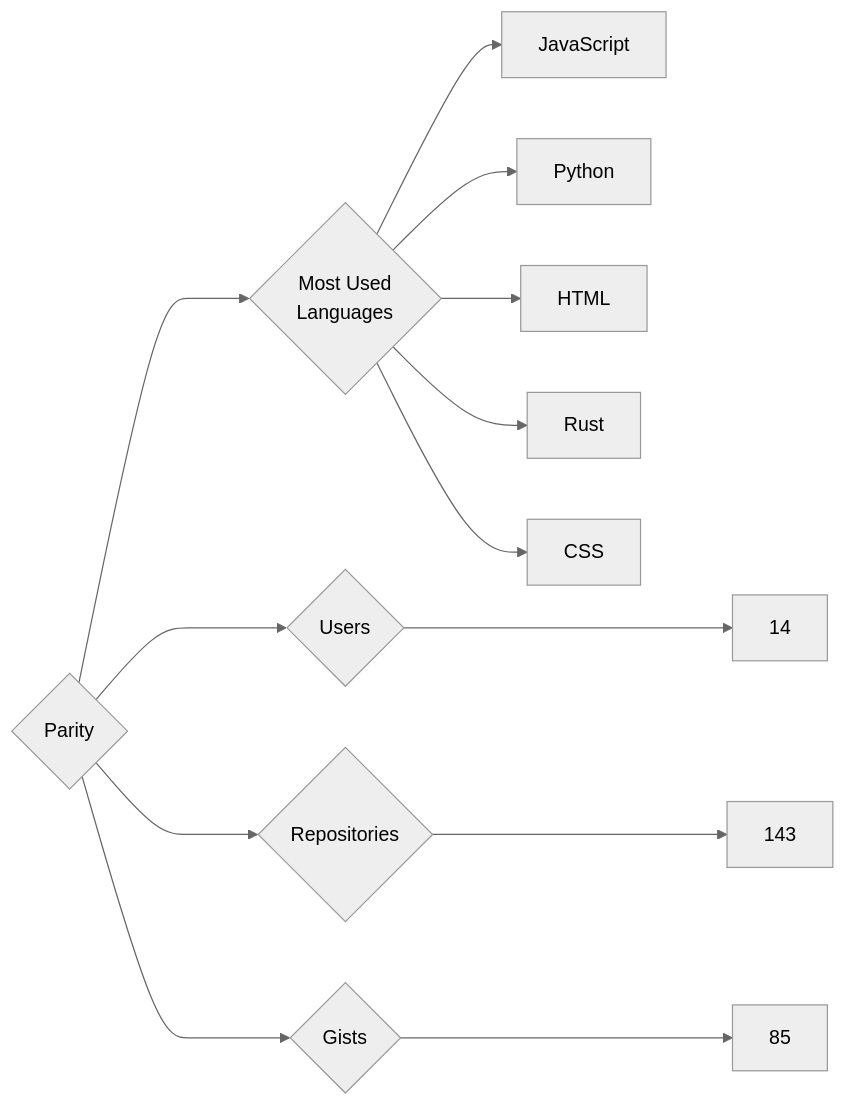
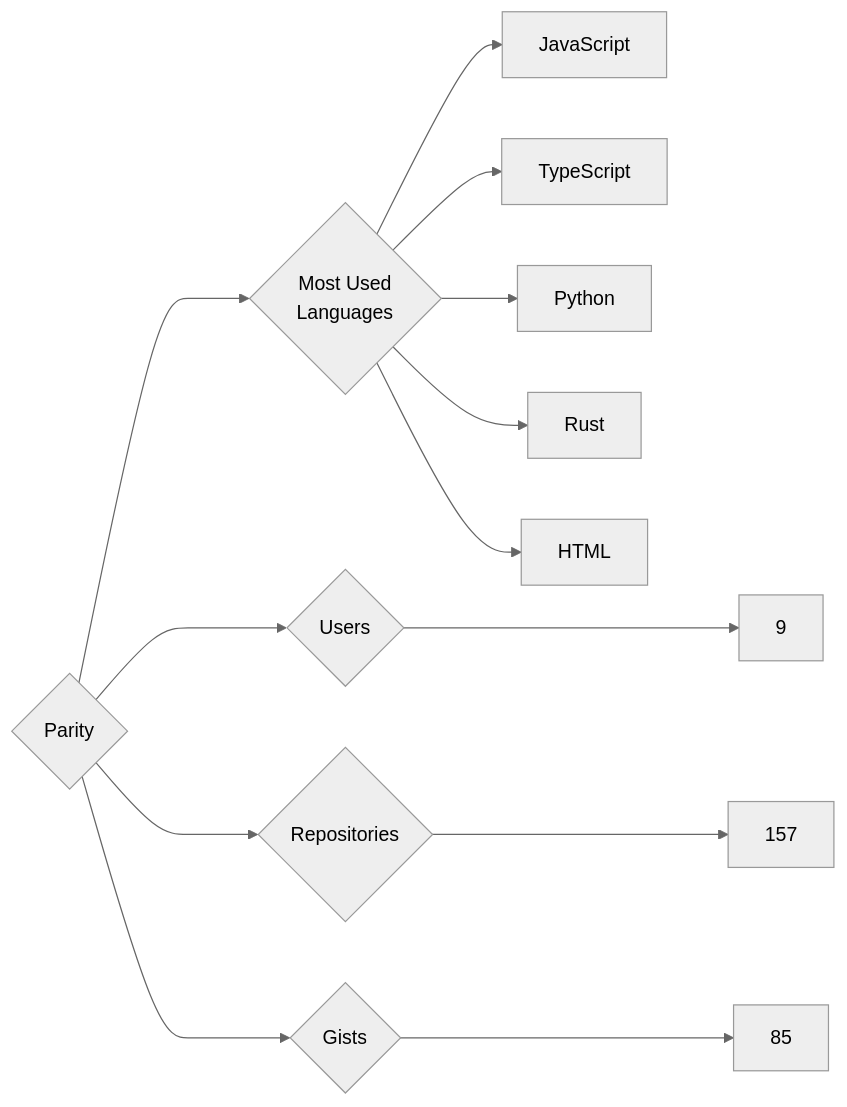
The diagram in targets/Parity/README.md (trickest/insiders), drawn with Mermaid (neutral theme) before and after one commit. The commit also changed 715 other files, not shown here.

````diff
--- a/targets/Parity/README.md
+++ b/targets/Parity/README.md
@@ -3,13 +3,13 @@
 ```mermaid
 graph LR
 COMPANY_NAME{Parity}
-COMPANY_NAME ---> U{Users} ---> UN[14]
-COMPANY_NAME ---> R{Repositories} ---> RN[143]
+COMPANY_NAME ---> U{Users} ---> UN[9]
+COMPANY_NAME ---> R{Repositories} ---> RN[157]
 COMPANY_NAME ---> G{Gists} ---> GN[85]
 COMPANY_NAME ---> ML{Most Used<br>Languages}
 ML --> JavaScript[JavaScript]
+ML --> TypeScript[TypeScript]
 ML --> Python[Python]
+ML --> Rust[Rust]
 ML --> HTML[HTML]
-ML --> Rust[Rust]
-ML --> CSS[CSS]
 ```
````
